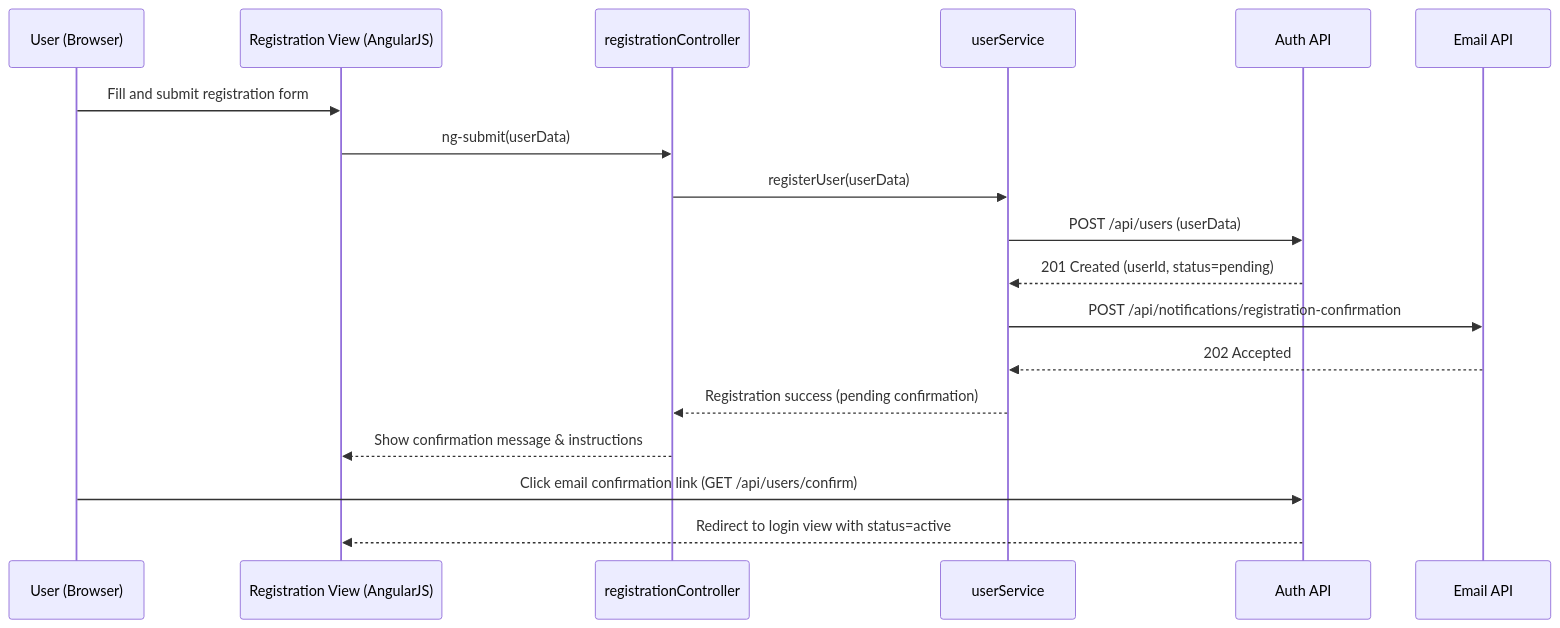
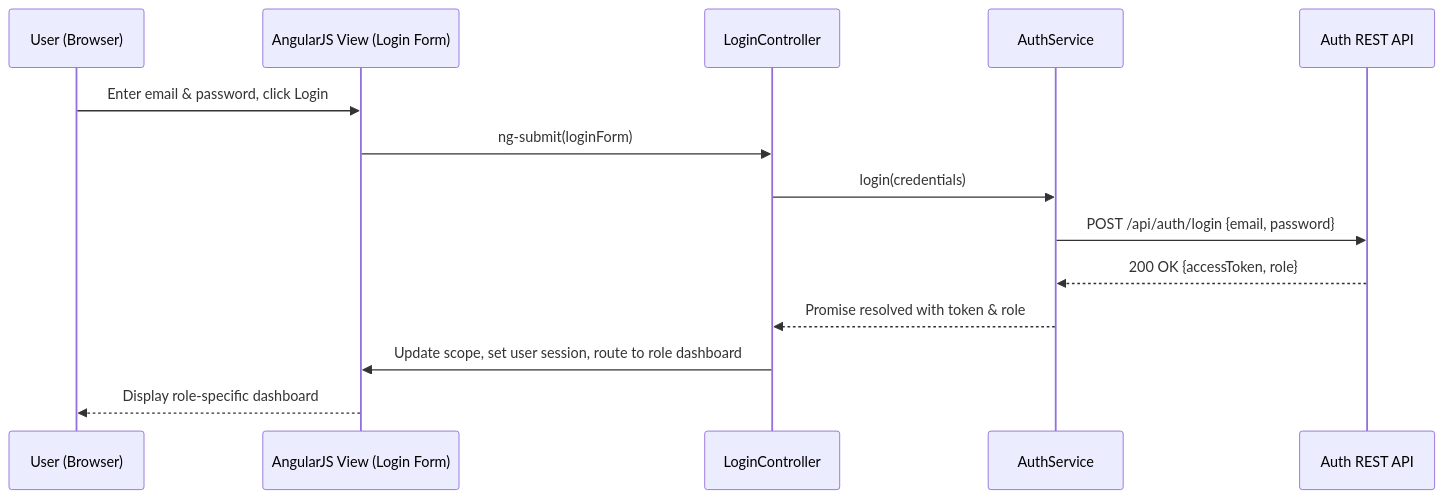
One commit to Davamani-git/APB_Demo changed the diagram in LLD/QE-4524_LLD.md. Above: the diagram before and after it, drawn with Mermaid. The commit also changed other lines of this file, not shown here.

````diff
--- a/LLD/QE-4524_LLD.md
+++ b/LLD/QE-4524_LLD.md
@@ -67,21 +85,17 @@
 ```mermaid
 sequenceDiagram
     participant U as User (Browser)
-    participant V as Registration View (AngularJS)
-    participant C as registrationController
-    participant S as userService
-    participant A as Auth API
-    participant E as Email API
+    participant V as AngularJS View (Login Form)
+    participant C as LoginController
+    participant S as AuthService
+    participant API as Auth REST API
 
-    U->>V: Fill and submit registration form
-    V->>C: ng-submit(userData)
-    C->>S: registerUser(userData)
-    S->>A: POST /api/users (userData)
-    A-->>S: 201 Created (userId, status=pending)
-    S->>E: POST /api/notifications/registration-confirmation
-    E-->>S: 202 Accepted
-    S-->>C: Registration success (pending confirmation)
-    C-->>V: Show confirmation message & instructions
-    U->>A: Click email confirmation link (GET /api/users/confirm)
-    A-->>V: Redirect to login view with status=active
+    U->>V: Enter email & password, click Login
+    V->>C: ng-submit(loginForm)
+    C->>S: login(credentials)
+    S->>API: POST /api/auth/login {email, password}
+    API-->>S: 200 OK {accessToken, role}
+    S-->>C: Promise resolved with token & role
+    C->>V: Update scope, set user session, route to role dashboard
+    V-->>U: Display role-specific dashboard
 ```
````
